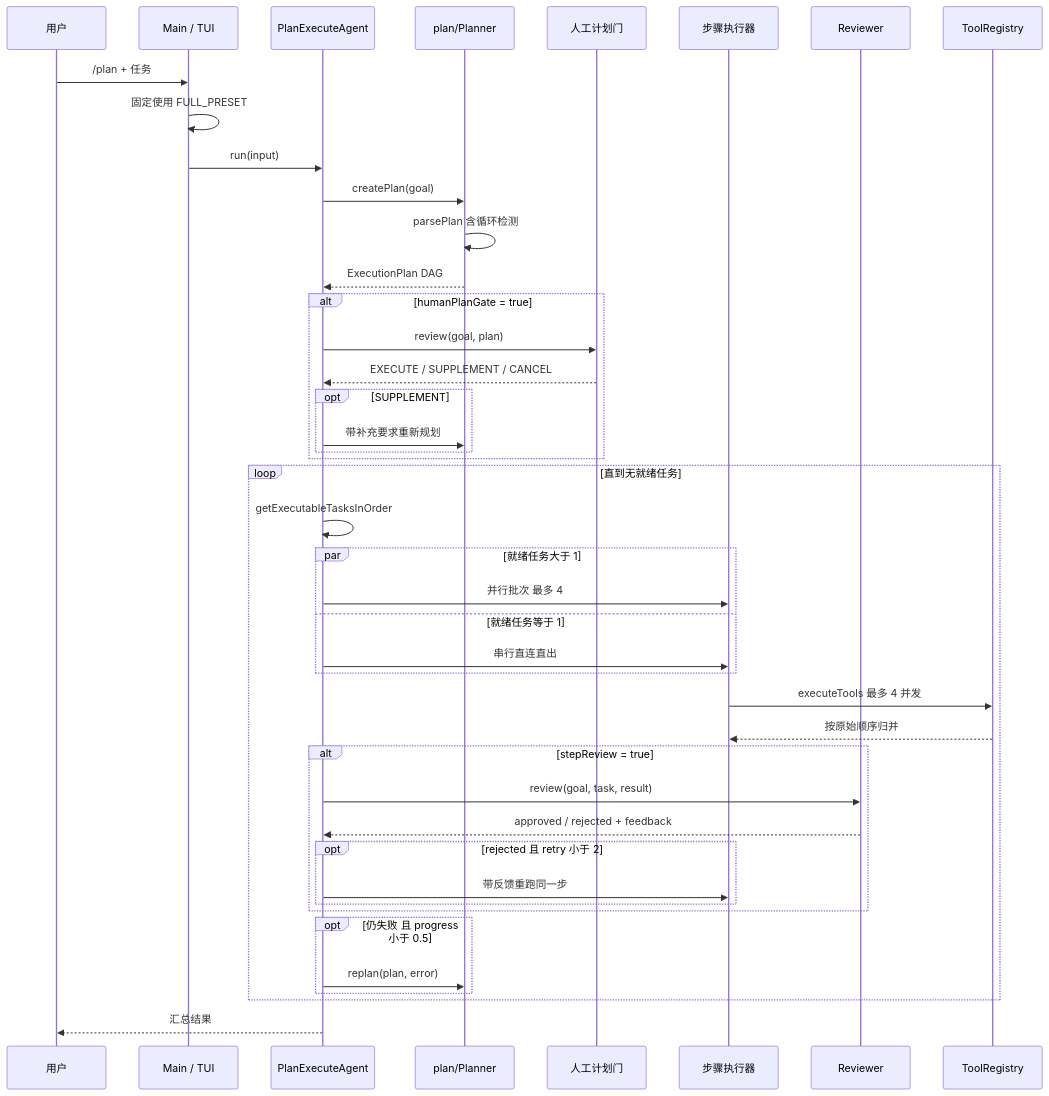
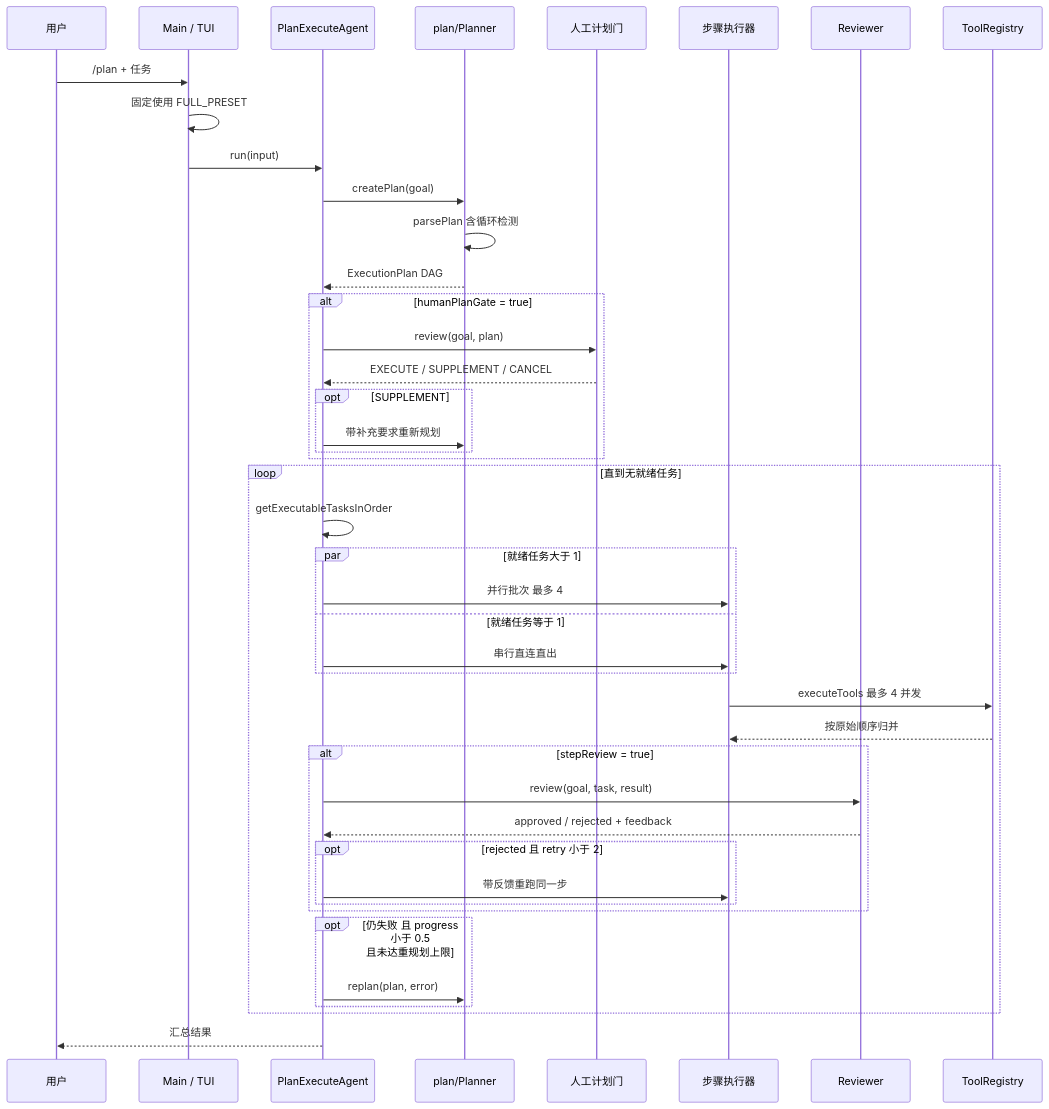
One commit to zgjdev/Code-Agent changed the fifth of 5 diagrams in docs/dev/12-unified-multi-agent-plan-and-execute.md. Above: the diagram before and after it, drawn with Mermaid. The commit also changed other lines of this file, not shown here.

````diff
--- a/docs/dev/12-unified-multi-agent-plan-and-execute.md
+++ b/docs/dev/12-unified-multi-agent-plan-and-execute.md
@@ -306,45 +310,45 @@
 ```mermaid
 sequenceDiagram
     participant U as 用户
     participant M as Main / TUI
     participant P as PlanExecuteAgent
     participant PL as plan/Planner
     participant G as 人工计划门
     participant W as 步骤执行器
     participant RV as Reviewer
     participant T as ToolRegistry
     U->>M: /plan + 任务
     M->>M: 固定使用 FULL_PRESET
     M->>P: run(input)
     P->>PL: createPlan(goal)
     PL->>PL: parsePlan 含循环检测
     PL-->>P: ExecutionPlan DAG
     alt humanPlanGate = true
         P->>G: review(goal, plan)
         G-->>P: EXECUTE / SUPPLEMENT / CANCEL
         opt SUPPLEMENT
             P->>PL: 带补充要求重新规划
         end
     end
     loop 直到无就绪任务
         P->>P: getExecutableTasksInOrder
         par 就绪任务大于 1
             P->>W: 并行批次 最多 4
         and 就绪任务等于 1
             P->>W: 串行直连直出
         end
         W->>T: executeTools 最多 4 并发
         T-->>W: 按原始顺序归并
         alt stepReview = true
             P->>RV: review(goal, task, result)
             RV-->>P: approved / rejected + feedback
             opt rejected 且 retry 小于 2
                 P->>W: 带反馈重跑同一步
             end
         end
-        opt 仍失败 且 progress 小于 0.5
+        opt 仍失败 且 progress 小于 0.5 且未达重规划上限
             P->>PL: replan(plan, error)
         end
     end
     P-->>U: 汇总结果
 ```
````
